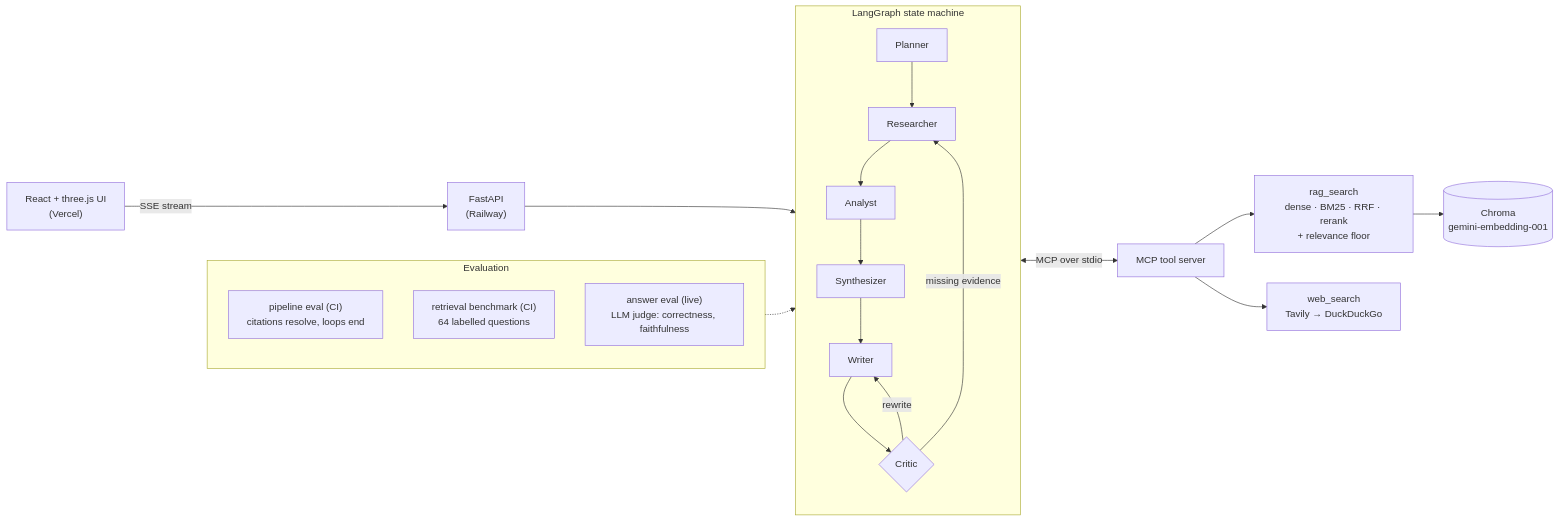
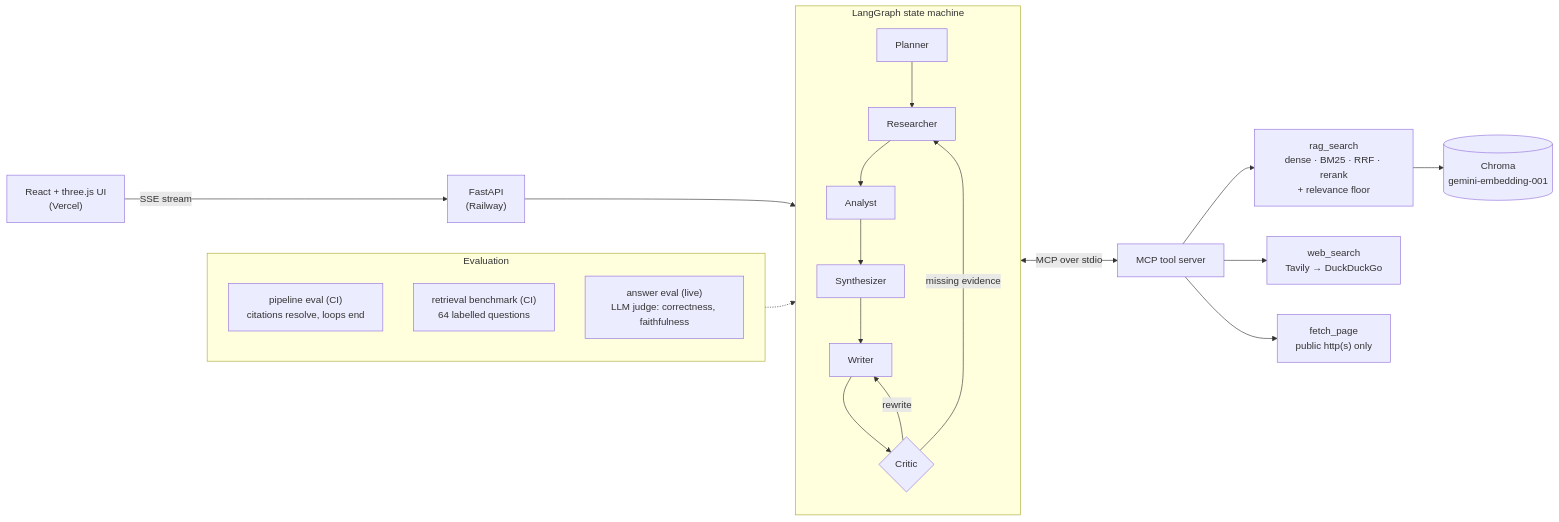
One commit to rahuldabola/agentdesk changed the diagram in README.md. Above: the diagram before and after it, drawn with Mermaid. The commit also changed other lines of this file and 14 other files, not shown here.

First line of the commit message:
Researcher lanes: query rewriting and full-page reading (fetch_page) (#15)

````diff
--- a/README.md
+++ b/README.md
@@ -68,25 +68,26 @@
 ```mermaid
 flowchart LR
     UI["React + three.js UI<br/>(Vercel)"] -- "SSE stream" --> API["FastAPI<br/>(Railway)"]
     API --> G
 
     subgraph G["LangGraph state machine"]
         direction TB
         P[Planner] --> R[Researcher] --> A[Analyst] --> S[Synthesizer] --> W[Writer] --> C{Critic}
         C -- "rewrite" --> W
         C -- "missing evidence" --> R
     end
 
     R <-- "MCP over stdio" --> T["MCP tool server"]
     T --> RAG["rag_search<br/>dense · BM25 · RRF · rerank<br/>+ relevance floor"]
     T --> WEB["web_search<br/>Tavily → DuckDuckGo"]
+    T --> FETCH["fetch_page<br/>public http(s) only"]
     RAG --> DB[("Chroma<br/>gemini-embedding-001")]
 
     subgraph EVAL["Evaluation"]
         direction TB
         E1["pipeline eval (CI)<br/>citations resolve, loops end"]
         E2["retrieval benchmark (CI)<br/>64 labelled questions"]
         E3["answer eval (live)<br/>LLM judge: correctness, faithfulness"]
     end
     EVAL -.-> G
 ```
````
